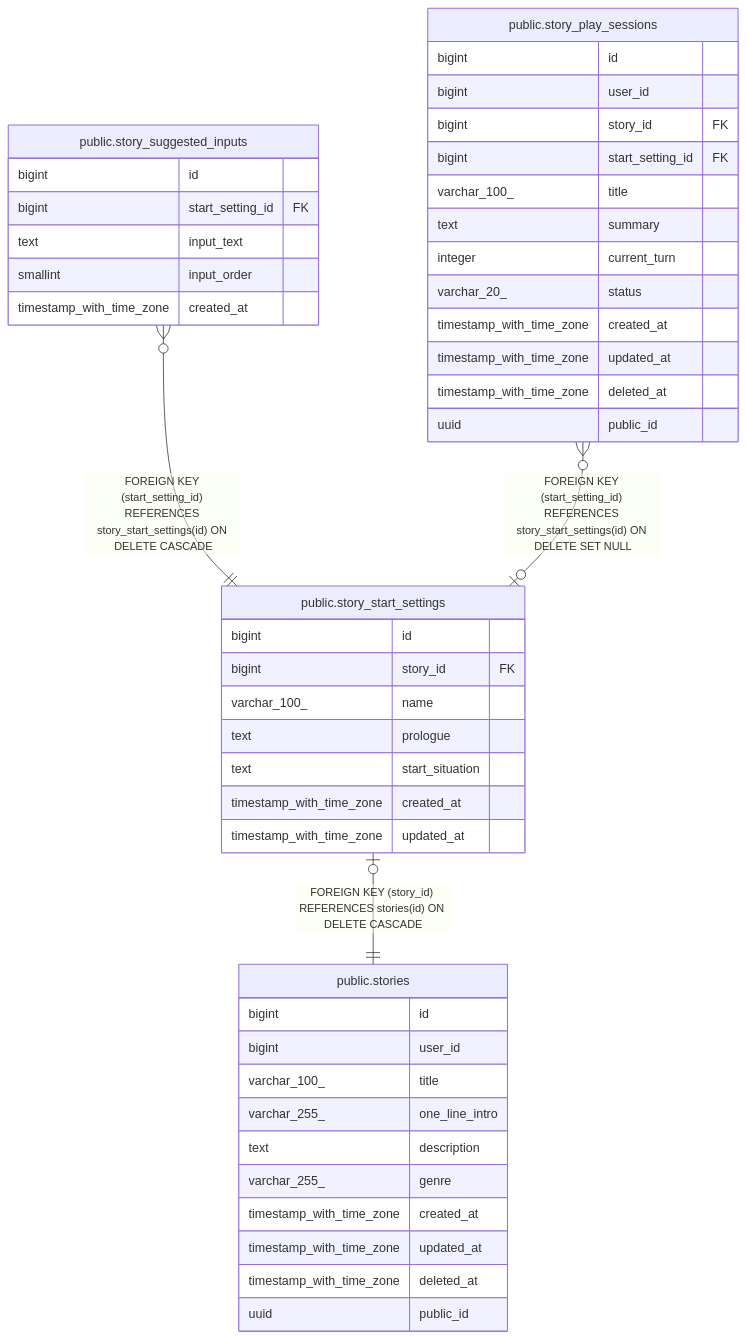
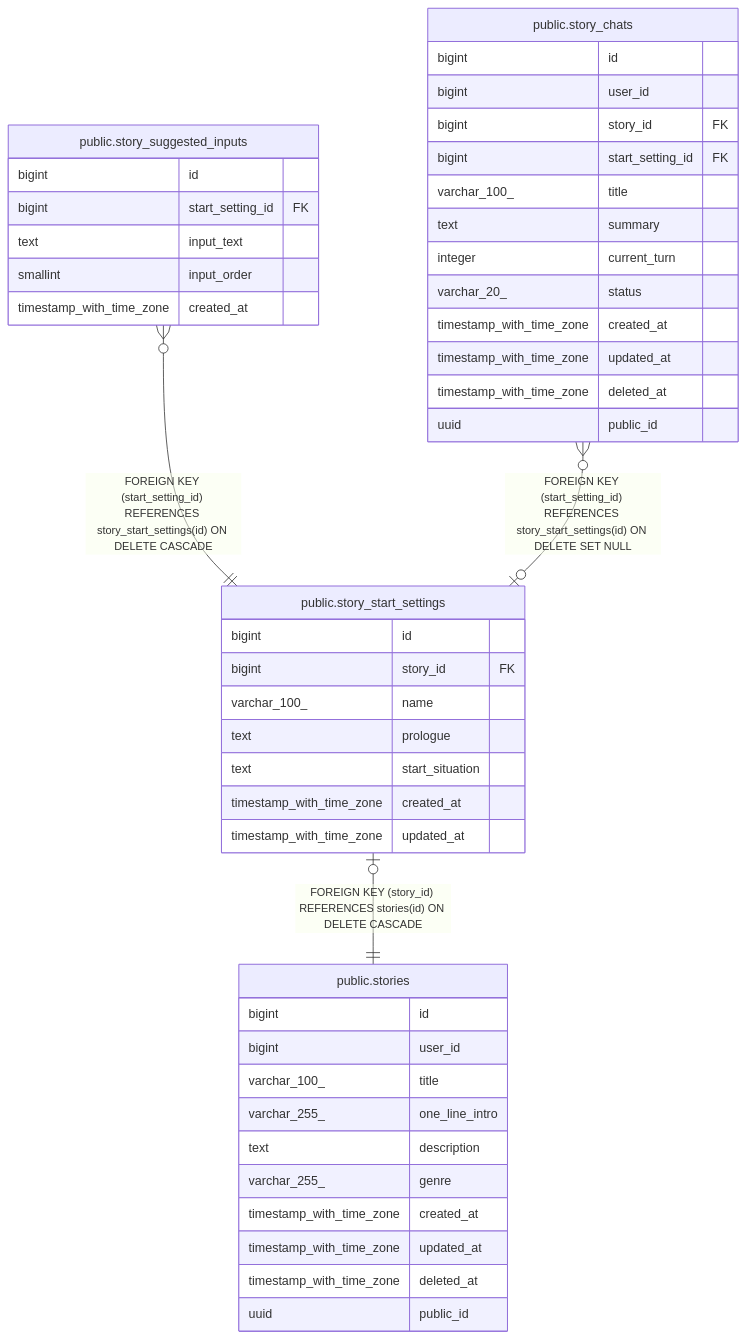
Before and after one commit to KIM-N-KANG/manyak-server: the diagram in dbdoc/public.story_start_settings.md, drawn with Mermaid. The commit also changed other lines of this file and 25 other files, not shown here.

````diff
--- a/dbdoc/public.story_start_settings.md
+++ b/dbdoc/public.story_start_settings.md
@@ -32,50 +32,50 @@
 ```mermaid
 erDiagram
 
 "public.story_suggested_inputs" }o--|| "public.story_start_settings" : "FOREIGN KEY (start_setting_id) REFERENCES story_start_settings(id) ON DELETE CASCADE"
-"public.story_play_sessions" }o--o| "public.story_start_settings" : "FOREIGN KEY (start_setting_id) REFERENCES story_start_settings(id) ON DELETE SET NULL"
+"public.story_chats" }o--o| "public.story_start_settings" : "FOREIGN KEY (start_setting_id) REFERENCES story_start_settings(id) ON DELETE SET NULL"
 "public.story_start_settings" |o--|| "public.stories" : "FOREIGN KEY (story_id) REFERENCES stories(id) ON DELETE CASCADE"
 
 "public.story_start_settings" {
   bigint id
   bigint story_id FK
   varchar_100_ name
   text prologue
   text start_situation
   timestamp_with_time_zone created_at
   timestamp_with_time_zone updated_at
 }
 "public.story_suggested_inputs" {
   bigint id
   bigint start_setting_id FK
   text input_text
   smallint input_order
   timestamp_with_time_zone created_at
 }
-"public.story_play_sessions" {
+"public.story_chats" {
   bigint id
   bigint user_id
   bigint story_id FK
   bigint start_setting_id FK
   varchar_100_ title
   text summary
   integer current_turn
   varchar_20_ status
   timestamp_with_time_zone created_at
   timestamp_with_time_zone updated_at
   timestamp_with_time_zone deleted_at
   uuid public_id
 }
 "public.stories" {
   bigint id
   bigint user_id
   varchar_100_ title
   varchar_255_ one_line_intro
   text description
   varchar_255_ genre
   timestamp_with_time_zone created_at
   timestamp_with_time_zone updated_at
   timestamp_with_time_zone deleted_at
   uuid public_id
 }
 ```
````
